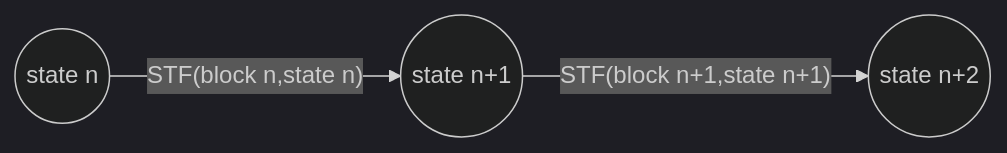
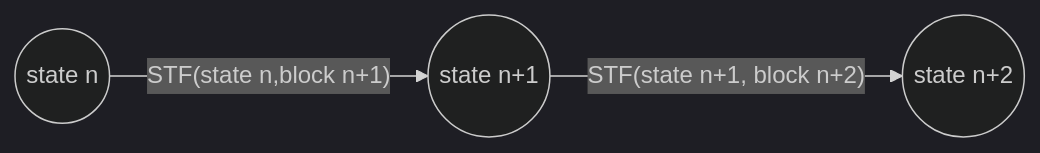
The diagram in content/Content/What/Blocks, Transactions, And Blockchain Systems.md (kianenigma/what-blockchain-actually), drawn with Mermaid (dark theme) before and after one commit. The commit also changed other lines of this file and 2 other files, not shown here.

````diff
--- a/content/Content/What/Blocks, Transactions, And Blockchain Systems.md
+++ b/content/Content/What/Blocks, Transactions, And Blockchain Systems.md
@@ -23,4 +22,4 @@
 ```mermaid
 graph LR
-y(("state n")) -->|"STF(block n,state n)"| yp(("state n+1")) -->|" STF(block n+1,state n+1) "| ypp(("state n+2"))
+y(("state n")) -->|"STF(state n,block n+1)"| yp(("state n+1")) -->|" STF(state n+1, block n+2) "| ypp(("state n+2"))
 ```
````
